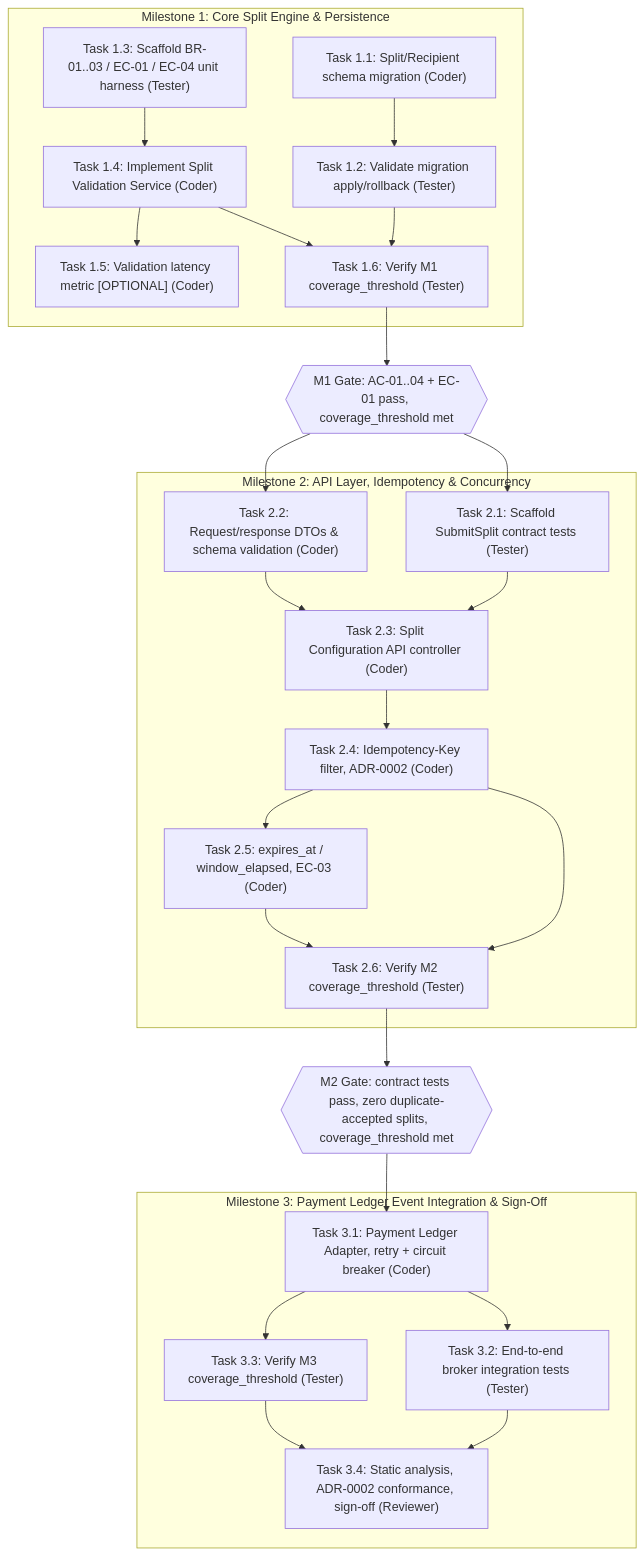
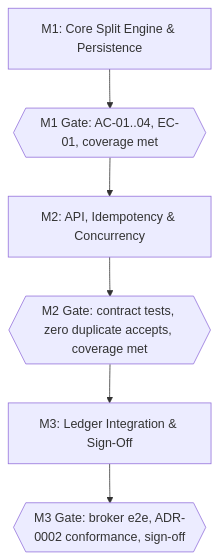
Before and after one commit to DiegoRFSantos/skill-sdd: the diagram in skills/sdd/templates/plan.md, drawn with Mermaid. The commit also changed other lines of this file and 37 other files, not shown here.

````diff
--- a/skills/sdd/templates/plan.md
+++ b/skills/sdd/templates/plan.md
@@ -92,52 +98,8 @@
 ```mermaid
-graph TD
-    subgraph M1["Milestone 1: Core Split Engine & Persistence"]
-        T11["Task 1.1: Split/Recipient schema migration (Coder)"]
-        T12["Task 1.2: Validate migration apply/rollback (Tester)"]
-        T13["Task 1.3: Scaffold BR-01..03 / EC-01 / EC-04 unit harness (Tester)"]
-        T14["Task 1.4: Implement Split Validation Service (Coder)"]
-        T15["Task 1.5: Validation latency metric [OPTIONAL] (Coder)"]
-        T16["Task 1.6: Verify M1 coverage_threshold (Tester)"]
-    end
-    G1{{"M1 Gate: AC-01..04 + EC-01 pass, coverage_threshold met"}}
-
-    subgraph M2["Milestone 2: API Layer, Idempotency & Concurrency"]
-        T21["Task 2.1: Scaffold SubmitSplit contract tests (Tester)"]
-        T22["Task 2.2: Request/response DTOs & schema validation (Coder)"]
-        T23["Task 2.3: Split Configuration API controller (Coder)"]
-        T24["Task 2.4: Idempotency-Key filter, ADR-0002 (Coder)"]
-        T25["Task 2.5: expires_at / window_elapsed, EC-03 (Coder)"]
-        T26["Task 2.6: Verify M2 coverage_threshold (Tester)"]
-    end
-    G2{{"M2 Gate: contract tests pass, zero duplicate-accepted splits, coverage_threshold met"}}
-
-    subgraph M3["Milestone 3: Payment Ledger Event Integration & Sign-Off"]
-        T31["Task 3.1: Payment Ledger Adapter, retry + circuit breaker (Coder)"]
-        T32["Task 3.2: End-to-end broker integration tests (Tester)"]
-        T33["Task 3.3: Verify M3 coverage_threshold (Tester)"]
-        T34["Task 3.4: Static analysis, ADR-0002 conformance, sign-off (Reviewer)"]
-    end
-
-    T11 --> T12
-    T13 --> T14
-    T14 --> T15
-    T12 --> T16
-    T14 --> T16
-    T16 --> G1
-
-    G1 --> T21
-    G1 --> T22
-    T21 --> T23
-    T22 --> T23
-    T23 --> T24
-    T24 --> T25
-    T24 --> T26
-    T25 --> T26
-    T26 --> G2
-
-    G2 --> T31
-    T31 --> T32
-    T31 --> T33
-    T32 --> T34
-    T33 --> T34
+flowchart TD
+    M1["M1: Core Split Engine & Persistence"] --> G1{{"M1 Gate: AC-01..04, EC-01, coverage met"}}
+    G1 --> M2["M2: API, Idempotency & Concurrency"]
+    M2 --> G2{{"M2 Gate: contract tests, zero duplicate accepts, coverage met"}}
+    G2 --> M3["M3: Ledger Integration & Sign-Off"]
+    M3 --> G3{{"M3 Gate: broker e2e, ADR-0002 conformance, sign-off"}}
 ```
````
